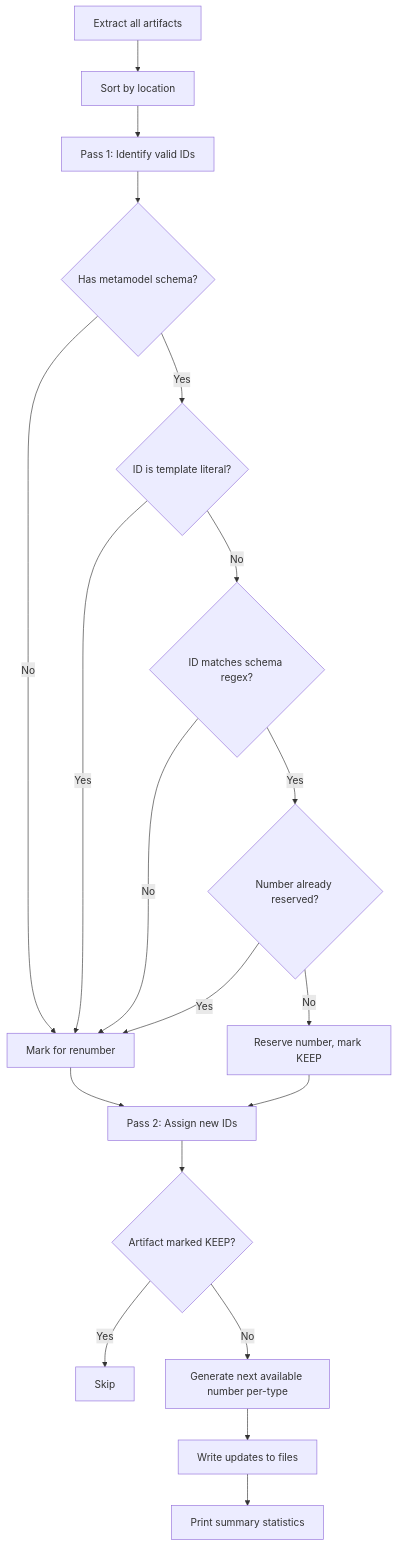
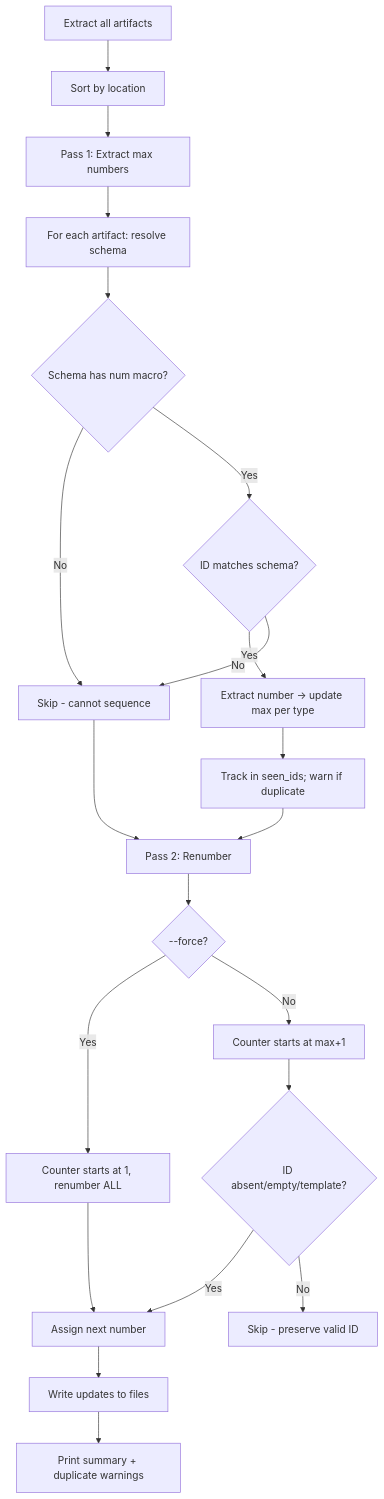
Before and after one commit to flyvercity/syntagmax: the diagram in docs/specs/renumber-preserve-valid-ids.spec.md, drawn with Mermaid. The commit also changed other lines of this file and 3 other files, not shown here.

````diff
--- a/docs/specs/renumber-preserve-valid-ids.spec.md
+++ b/docs/specs/renumber-preserve-valid-ids.spec.md
@@ -68,21 +69,23 @@
 ```mermaid
 flowchart TD
     A[Extract all artifacts] --> B[Sort by location]
-    B --> C[Pass 1: Identify valid IDs]
-    C --> D{Has metamodel schema?}
-    D -->|No| E[Mark for renumber]
-    D -->|Yes| F{ID is template literal?}
-    F -->|Yes| E
-    F -->|No| G{ID matches schema regex?}
-    G -->|No| E
-    G -->|Yes| H{Number already reserved?}
-    H -->|Yes| E
-    H -->|No| I[Reserve number, mark KEEP]
-    E --> J[Pass 2: Assign new IDs]
-    I --> J
-    J --> K{Artifact marked KEEP?}
-    K -->|Yes| L[Skip]
-    K -->|No| M[Generate next available number per-type]
-    M --> N[Write updates to files]
-    N --> O[Print summary statistics]
+    B --> C[Pass 1: Extract max numbers]
+    C --> D[For each artifact: resolve schema]
+    D --> DA{Schema has num macro?}
+    DA -->|No| G[Skip - cannot sequence]
+    DA -->|Yes| E{ID matches schema?}
+    E -->|Yes| F[Extract number → update max per type]
+    F --> FA[Track in seen_ids; warn if duplicate]
+    E -->|No| G
+    FA --> H[Pass 2: Renumber]
+    G --> H
+    H --> I{--force?}
+    I -->|Yes| J[Counter starts at 1, renumber ALL]
+    I -->|No| K[Counter starts at max+1]
+    K --> L{ID absent/empty/template?}
+    L -->|Yes| M[Assign next number]
+    L -->|No| N[Skip - preserve valid ID]
+    J --> M
+    M --> O[Write updates to files]
+    O --> P[Print summary + duplicate warnings]
 ```
````
